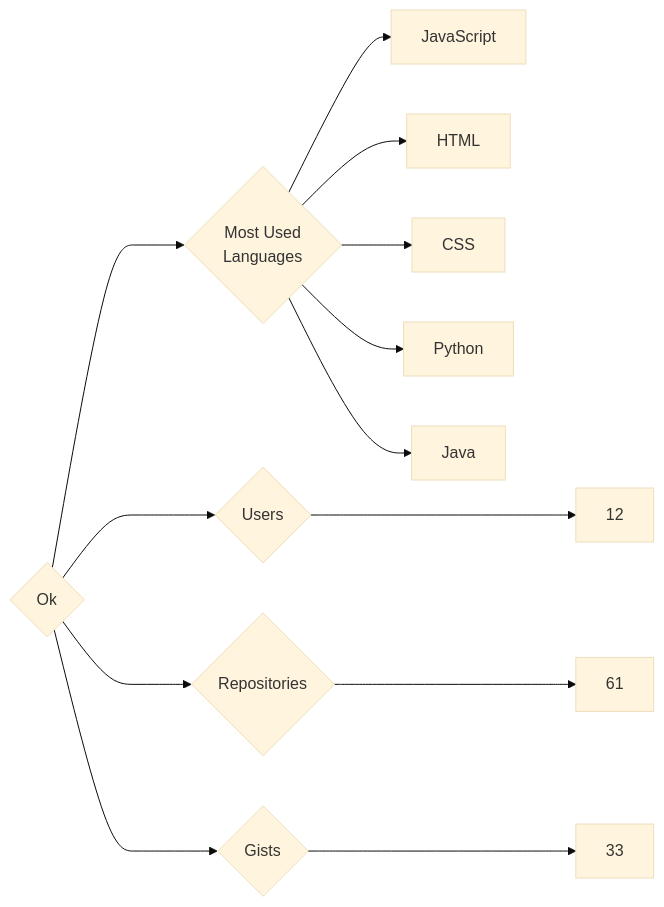
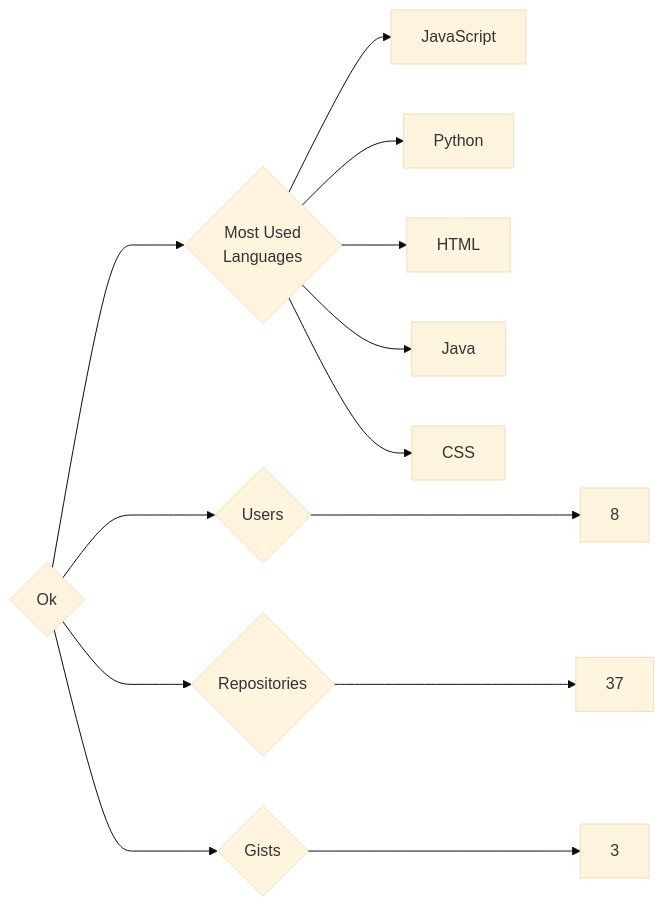
One commit to trickest/insiders changed the diagram in targets/Ok/README.md. Above: the diagram before and after it, drawn with Mermaid (base theme). The commit also changed 728 other files, not shown here.

````diff
--- a/targets/Ok/README.md
+++ b/targets/Ok/README.md
@@ -3,13 +3,13 @@
 ```mermaid
 graph LR
 COMPANY_NAME{Ok}
-COMPANY_NAME ---> U{Users} ---> UN[12]
-COMPANY_NAME ---> R{Repositories} ---> RN[61]
-COMPANY_NAME ---> G{Gists} ---> GN[33]
+COMPANY_NAME ---> U{Users} ---> UN[8]
+COMPANY_NAME ---> R{Repositories} ---> RN[37]
+COMPANY_NAME ---> G{Gists} ---> GN[3]
 COMPANY_NAME ---> ML{Most Used<br>Languages}
 ML --> JavaScript[JavaScript]
+ML --> Python[Python]
 ML --> HTML[HTML]
+ML --> Java[Java]
 ML --> CSS[CSS]
-ML --> Python[Python]
-ML --> Java[Java]
 ```
````
